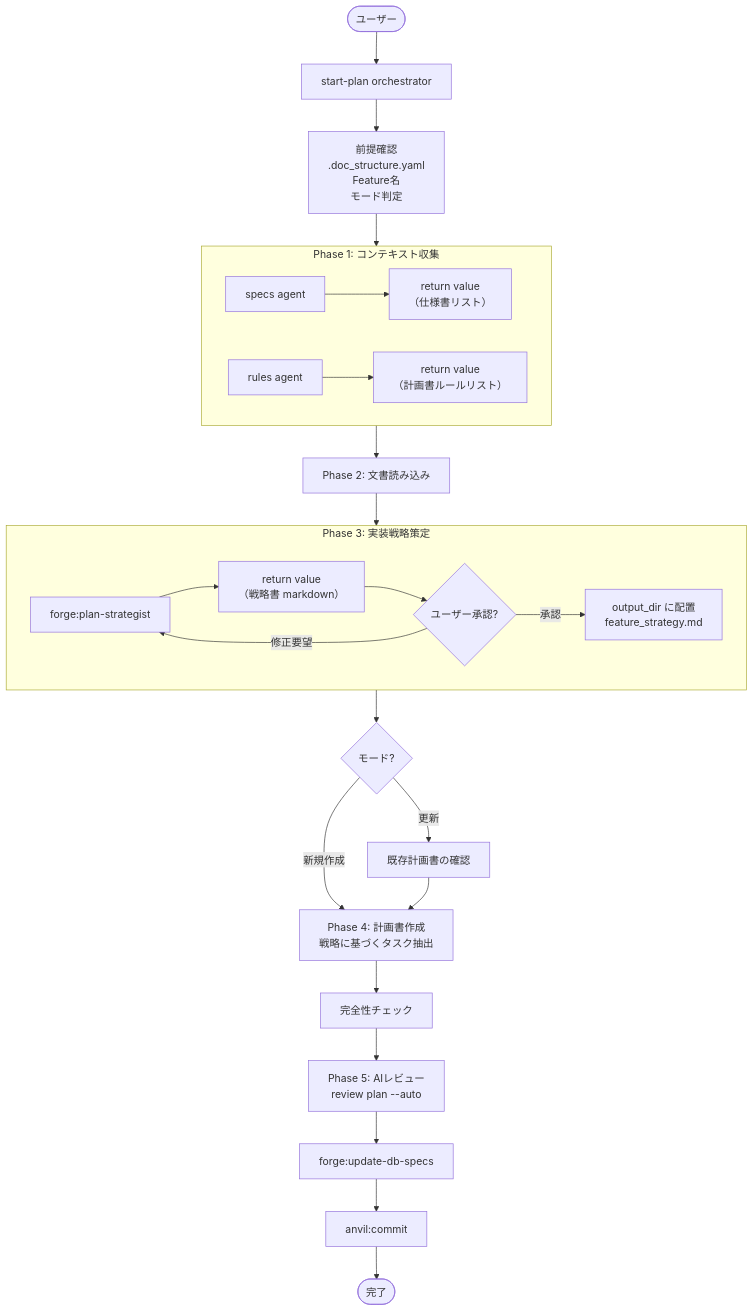
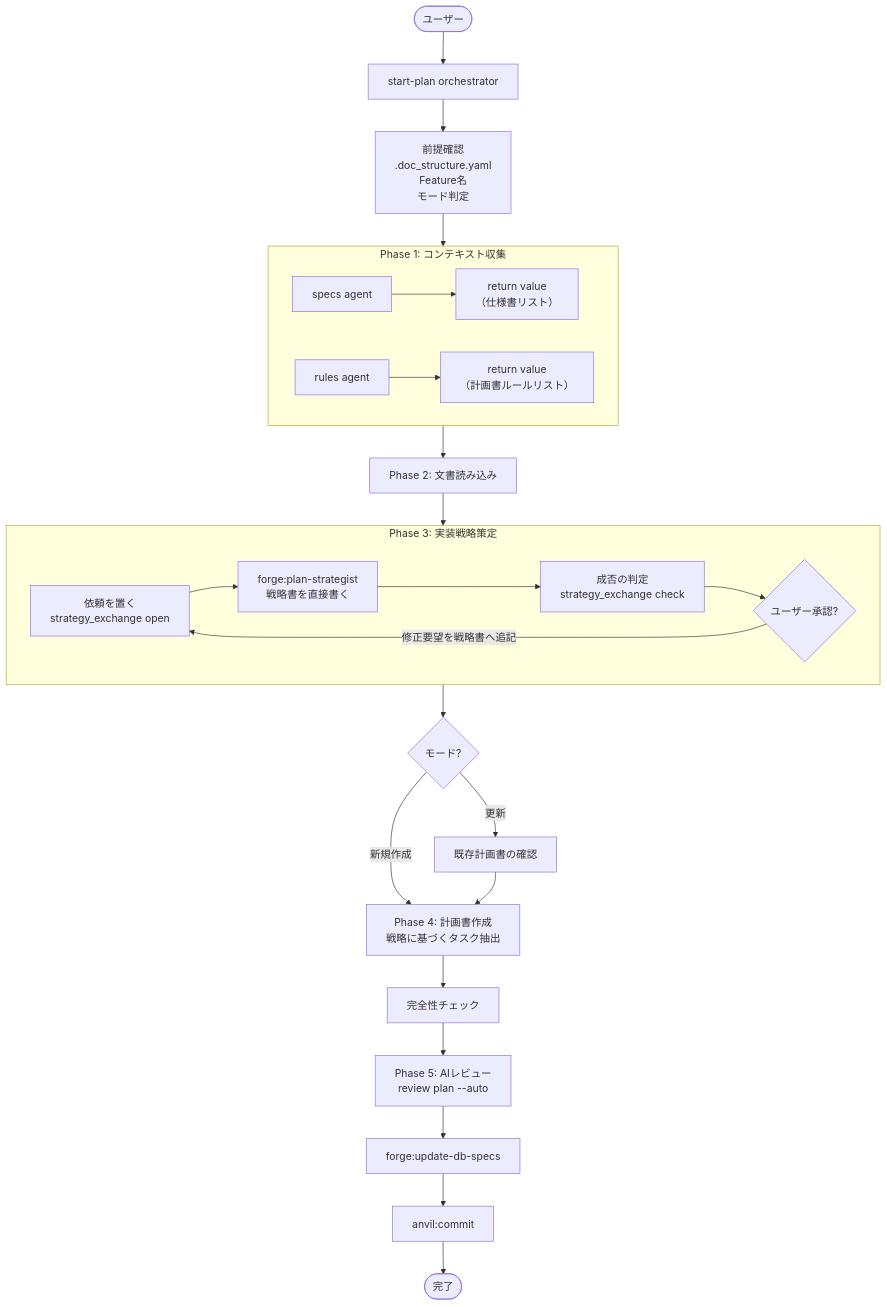
The diagram in docs/specs/forge/design/DES-019_create_plan_workflow_design.md (BlueEventHorizon/bw-cc-plugins), drawn with Mermaid before and after one commit. The commit also changed other lines of this file and 7 other files, not shown here.

````diff
--- a/docs/specs/forge/design/DES-019_create_plan_workflow_design.md
+++ b/docs/specs/forge/design/DES-019_create_plan_workflow_design.md
@@ -29,41 +51,41 @@
 ```mermaid
 flowchart TD
     User([ユーザー]) --> ORCHESTRATOR["start-plan orchestrator"]
 
     ORCHESTRATOR --> PREREQ["前提確認<br>.doc_structure.yaml<br>Feature名<br>モード判定"]
 
     PREREQ --> CONTEXT
 
     subgraph CONTEXT["Phase 1: コンテキスト収集"]
         A1["specs agent"] --> RV_SPECS["return value<br>（仕様書リスト）"]
         A2["rules agent"] --> RV_RULES["return value<br>（計画書ルールリスト）"]
     end
 
     CONTEXT --> READ["Phase 2: 文書読み込み"]
 
     READ --> STRATEGY_PHASE
 
     subgraph STRATEGY_PHASE["Phase 3: 実装戦略策定"]
-        SA["forge:plan-strategist"] --> DRAFT["return value<br>（戦略書 markdown）"]
-        DRAFT --> APPROVAL{"ユーザー承認?"}
-        APPROVAL -->|"修正要望"| SA
-        APPROVAL -->|"承認"| COPY["output_dir に配置<br>feature_strategy.md"]
+        OPEN["依頼を置く<br>strategy_exchange open"] --> SA["forge:plan-strategist<br>戦略書を直接書く"]
+        SA --> CHECK["成否の判定<br>strategy_exchange check"]
+        CHECK --> APPROVAL{"ユーザー承認?"}
+        APPROVAL -->|"修正要望を戦略書へ追記"| OPEN
     end
 
     STRATEGY_PHASE --> MODE_CHECK{モード?}
 
     MODE_CHECK -->|"新規作成"| CREATE
     MODE_CHECK -->|"更新"| UPDATE_CHECK
 
     UPDATE_CHECK["既存計画書の確認"] --> CREATE
 
     CREATE["Phase 4: 計画書作成<br>戦略に基づくタスク抽出"] --> QA["完全性チェック"]
 
     QA --> AI_REVIEW["Phase 5: AIレビュー<br>review plan --auto"]
 
     AI_REVIEW --> TOC["forge:update-db-specs"]
 
     TOC --> COMMIT["anvil:commit"]
 
     COMMIT --> DONE([完了])
 ```
````
